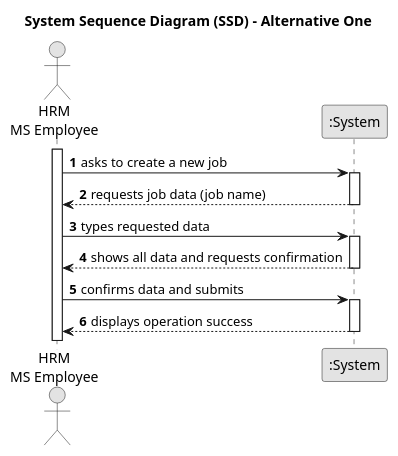
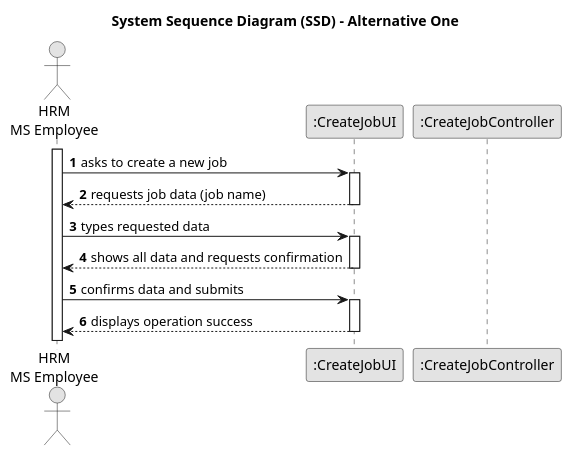
One commit to Rui-San/LAPR2_2023_2024 changed the diagram in docs/sprintA/us002/01.requirements-engineering/puml/us002-system-sequence-diagram-alternative-one.puml. Above: the diagram before and after it, drawn with PlantUML. The commit also changed 6 other files, not shown here.

Commit message:
Global artifacts (OO Analysis): Conceptual Class Category List partially done, List of common associations, and done first version of the Domain Model Diagram

```diff
--- a/docs/sprintA/us002/01.requirements-engineering/puml/us002-system-sequence-diagram-alternative-one.puml
+++ b/docs/sprintA/us002/01.requirements-engineering/puml/us002-system-sequence-diagram-alternative-one.puml
@@ -1,33 +1,34 @@
     @startuml
 skinparam monochrome true
 skinparam packageStyle rectangle
 skinparam shadowing false
 
 title System Sequence Diagram (SSD) - Alternative One
 
 autonumber
 
 actor "HRM\nMS Employee" as Employee
-participant ":System" as System
+participant ":CreateJobUI" as System
+participant ":CreateJobController" as Controller
 
 activate Employee
 
     Employee -> System : asks to create a new job
     activate System
 
         System --> Employee : requests job data (job name)
     deactivate System
 
     Employee -> System : types requested data
     activate System
 
         System --> Employee : shows all data and requests confirmation
     deactivate System
 
     Employee -> System : confirms data and submits
     activate System
 
         System --> Employee : displays operation success
     deactivate System
 
 @enduml
```
